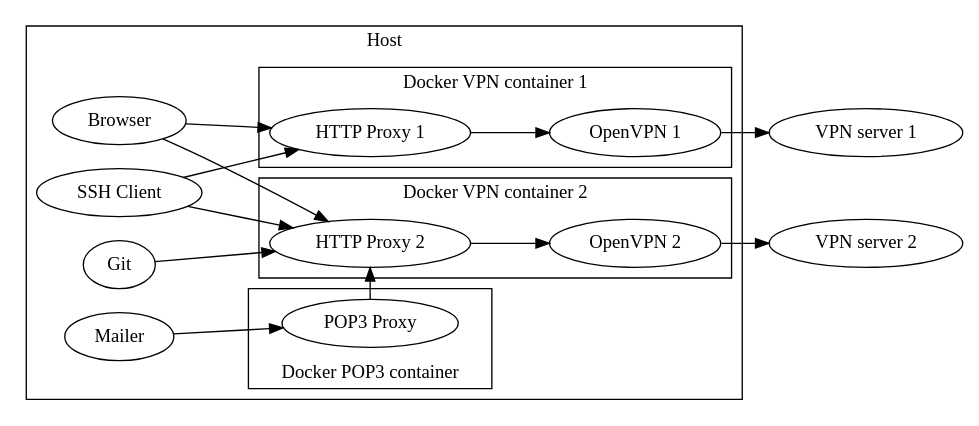
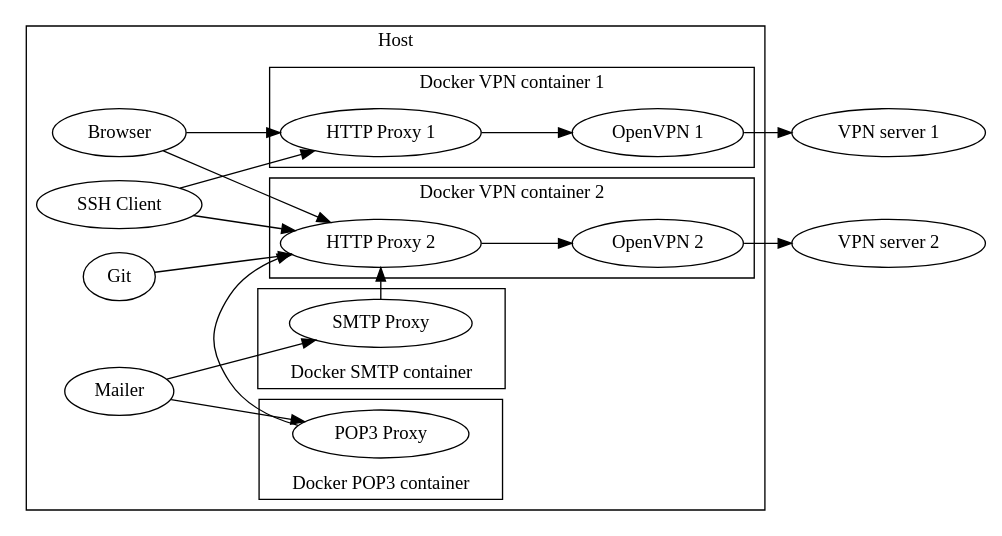
One commit to tksugimoto/docker-vpn-http-proxy changed the diagram in doc/image/configuration_diagram.md. Above: the diagram before and after it, drawn with Graphviz. The commit also changed 1 other file, not shown here.

Commit message:
docs: 構成図にSMTP Serverを追加

````diff
--- a/doc/image/configuration_diagram.md
+++ b/doc/image/configuration_diagram.md
@@ -1,37 +1,44 @@
 ```graphviz
 digraph configuration_diagram {
     rankdir = LR
     "OpenVPN 1" -> "VPN server 1";
     "OpenVPN 2" -> "VPN server 2";
     subgraph cluster_host {
         rank_dir = same;
         label = "Host";
         Browser -> "HTTP Proxy 1";
         Browser -> "HTTP Proxy 2";
         "SSH Client" -> "HTTP Proxy 1";
         "SSH Client" -> "HTTP Proxy 2";
         Git -> "HTTP Proxy 2";
         Mailer -> "POP3 Proxy";
+        Mailer -> "SMTP Proxy";
         subgraph cluster_container_1 {
             label = "Docker VPN container 1";
             "HTTP Proxy 1" -> "OpenVPN 1";
         }
         subgraph cluster_container_2 {
             label = "Docker VPN container 2";
             "HTTP Proxy 2" -> "OpenVPN 2";
         }
         subgraph cluster_container_2_pop3 {
             label = "Docker POP3 container";
             labelloc = b;
             "POP3 Proxy" -> "HTTP Proxy 2";
         }
+        subgraph cluster_container_2_smtp {
+            label = "Docker SMTP container";
+            labelloc = b;
+            "SMTP Proxy" -> "HTTP Proxy 2";
+        }
         newrank=true;
         {
             rank = same;
             "HTTP Proxy 1";
             "HTTP Proxy 2";
             "POP3 Proxy";
+            "SMTP Proxy";
         }
     }
 }
 ```
````
